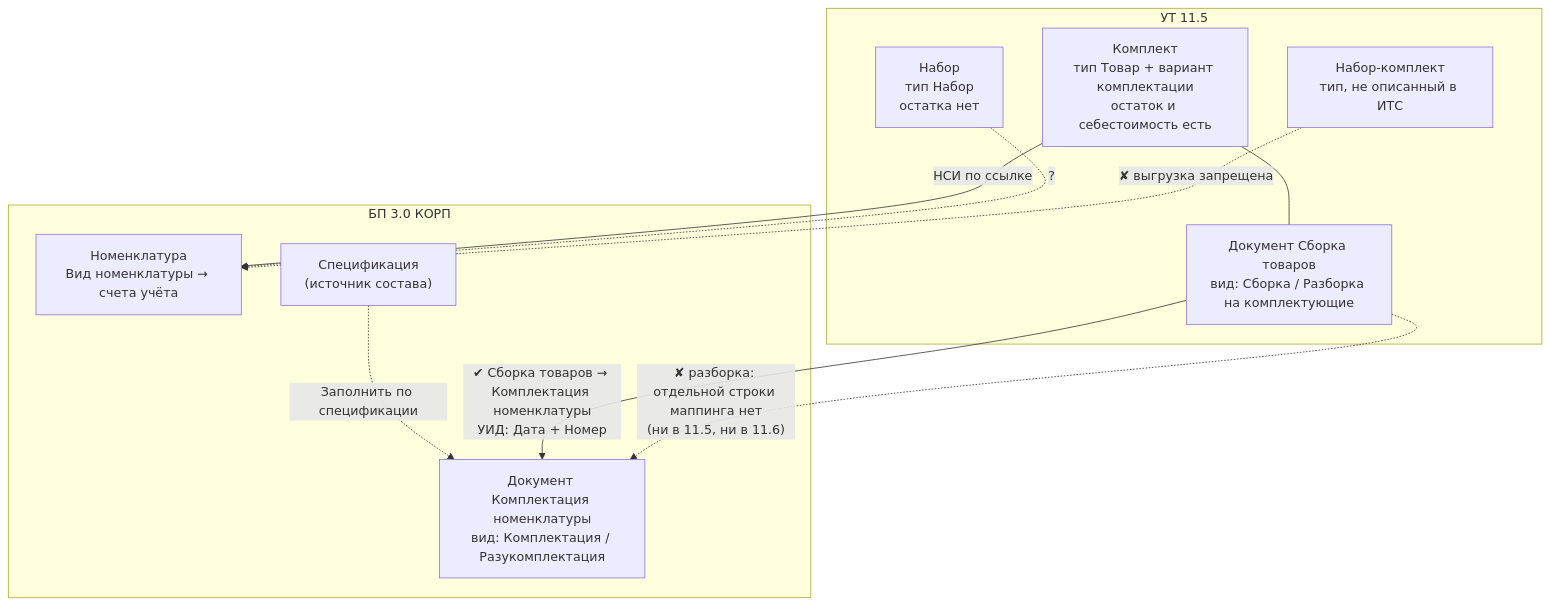
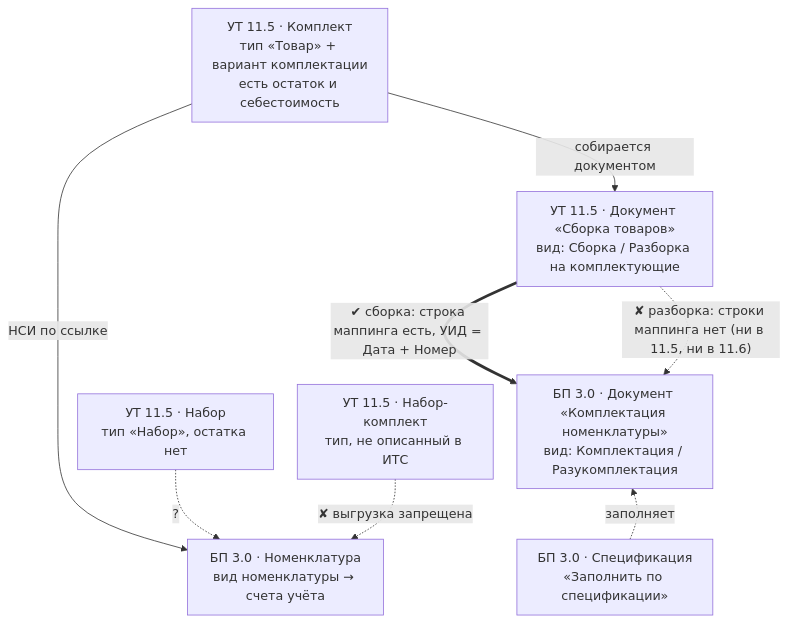
One commit to grevinden/komplekty-ut-bp changed the diagram in docs/01-glavnaya-karta.md. Above: the diagram before and after it, drawn with Mermaid. The commit also changed 1 other file, not shown here.

Commit message:
Схема главы 1: согласованный вариант; правило о схемах в AGENTS

````diff
--- a/docs/01-glavnaya-karta.md
+++ b/docs/01-glavnaya-karta.md
@@ -46,21 +46,20 @@
 ```mermaid
+%%{init: {"flowchart": {"rankSpacing": 40, "nodeSpacing": 30, "padding": 12}}}%%
 flowchart TB
-  subgraph UT["УТ 11.5"]
-    K["Комплект<br/>тип Товар + вариант комплектации<br/>остаток и себестоимость есть"]
-    N["Набор<br/>тип Набор<br/>остатка нет"]
-    NK["Набор-комплект<br/>тип, не описанный в ИТС"]
-    SB["Документ Сборка товаров<br/>вид: Сборка / Разборка на комплектующие"]
-    K --- SB
-  end
-  subgraph BP["БП 3.0 КОРП"]
-    CN["Документ Комплектация номенклатуры<br/>вид: Комплектация / Разукомплектация"]
-    NO["Номенклатура<br/>Вид номенклатуры → счета учёта"]
-    SP["Спецификация<br/>(источник состава)"]
-    SP -.->|"Заполнить по спецификации"| CN
-  end
-  SB -->|"✔ Сборка товаров → Комплектация номенклатуры<br/>УИД: Дата + Номер"| CN
-  SB -.->|"✘ разборка: отдельной строки маппинга нет<br/>(ни в 11.5, ни в 11.6)"| CN
+  K["УТ 11.5 · Комплект<br/>тип «Товар» + вариант комплектации<br/>есть остаток и себестоимость"]
+  N["УТ 11.5 · Набор<br/>тип «Набор», остатка нет"]
+  NK["УТ 11.5 · Набор-комплект<br/>тип, не описанный в ИТС"]
+  SB["УТ 11.5 · Документ «Сборка товаров»<br/>вид: Сборка / Разборка на комплектующие"]
+  CN["БП 3.0 · Документ «Комплектация номенклатуры»<br/>вид: Комплектация / Разукомплектация"]
+  NO["БП 3.0 · Номенклатура<br/>вид номенклатуры → счета учёта"]
+  SP["БП 3.0 · Спецификация<br/>«Заполнить по спецификации»"]
+  K -->|"собирается документом"| SB
+  SB ==>|"✔ сборка: строка маппинга есть, УИД = Дата + Номер"| CN
+  SB -.->|"✘ разборка: строки маппинга нет (ни в 11.5, ни в 11.6)"| CN
+  SP -.->|"заполняет"| CN
   K -->|"НСИ по ссылке"| NO
   N -.->|"?"| NO
   NK -.->|"✘ выгрузка запрещена"| NO
+  CN ~~~ SP
+  CN ~~~ NO
 ```
````
